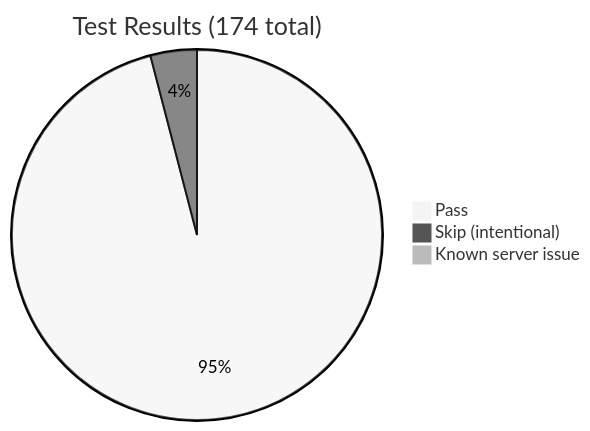
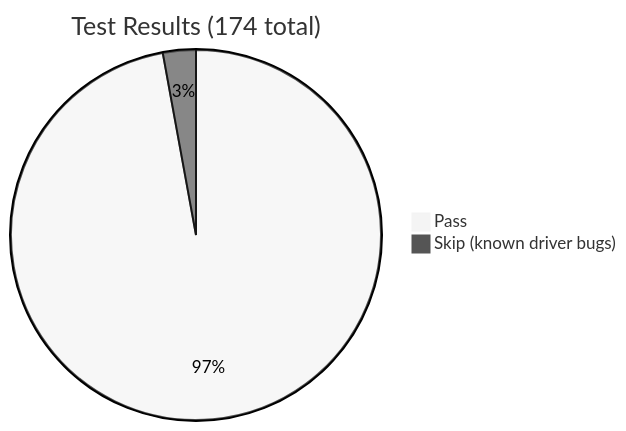
Before and after one commit to databricks/databricks-jdbc: the tenth of 10 diagrams in docs/mst-test-design.md, drawn with Mermaid (neutral theme). The commit also changed other lines of this file, not shown here.

````diff
--- a/docs/mst-test-design.md
+++ b/docs/mst-test-design.md
@@ -505,6 +505,5 @@
 ```mermaid
 pie title Test Results (174 total)
-    "Pass" : 166
-    "Skip (intentional)" : 7
-    "Known server issue" : 1
+    "Pass" : 169
+    "Skip (known driver bugs)" : 5
 ```
````
